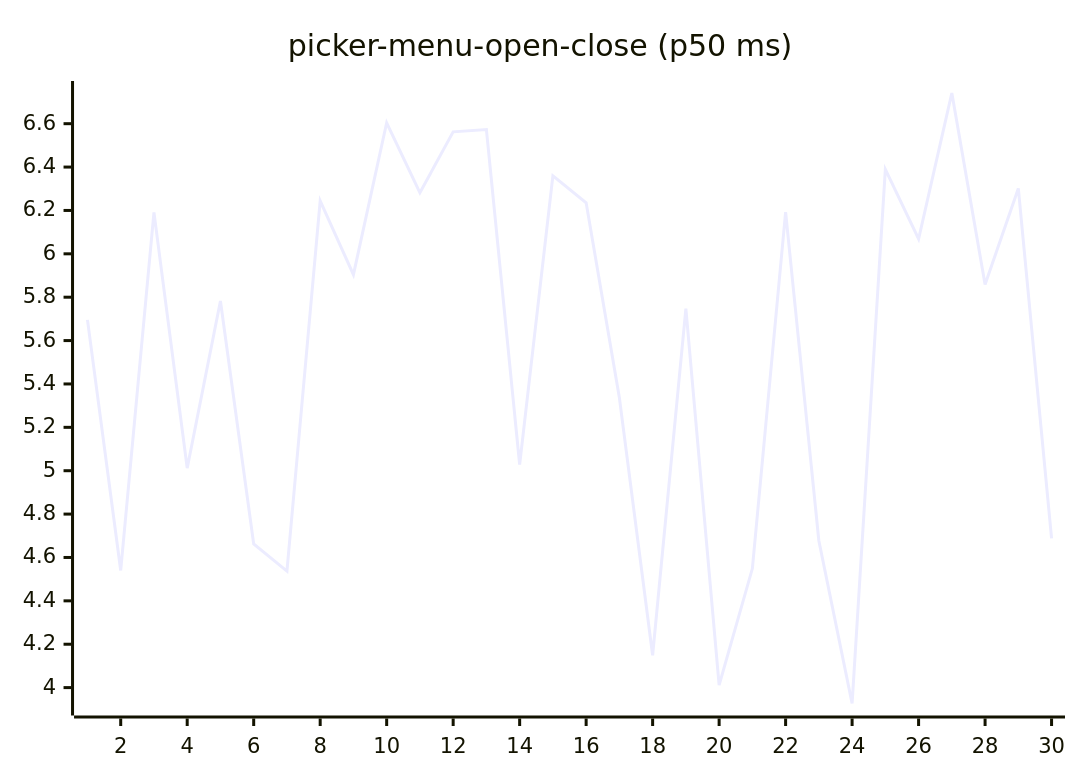
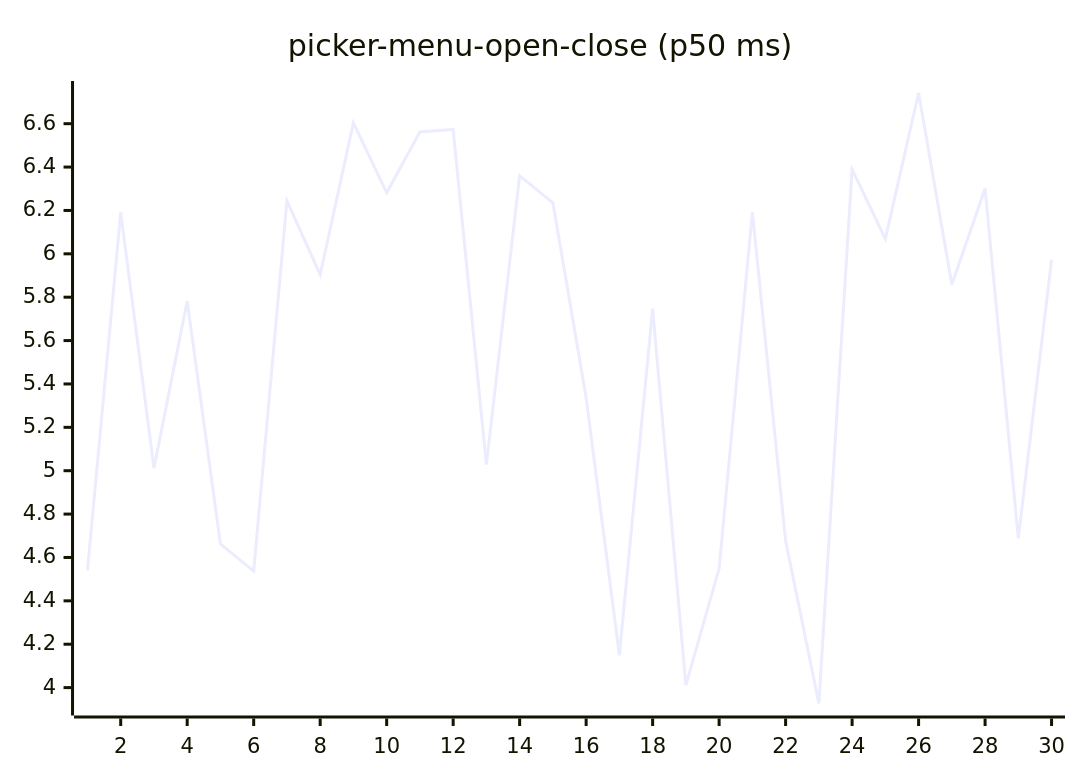
Diagram 16 of 27 in README.md (josha/Facet), drawn with Mermaid before and after one commit. The commit also changed other lines of this file and 2 other files, not shown here.

````diff
--- a/README.md
+++ b/README.md
@@ -168,6 +168,6 @@
 ```mermaid
 xychart-beta
     title "picker-menu-open-close (p50 ms)"
     x-axis 1 --> 30
-    line [5.6954, 4.5402, 6.1912, 5.0120, 5.7822, 4.6627, 4.5372, 6.2442, 5.9038, 6.6044, 6.2815, 6.5623, 6.5728, 5.0278, 6.3599, 6.2355, 5.3362, 4.1492, 5.7473, 4.0112, 4.5489, 6.1919, 4.6774, 3.9267, 6.3897, 6.0683, 6.7415, 5.8582, 6.3016, 4.6878]
+    line [4.5402, 6.1912, 5.0120, 5.7822, 4.6627, 4.5372, 6.2442, 5.9038, 6.6044, 6.2815, 6.5623, 6.5728, 5.0278, 6.3599, 6.2355, 5.3362, 4.1492, 5.7473, 4.0112, 4.5489, 6.1919, 4.6774, 3.9267, 6.3897, 6.0683, 6.7415, 5.8582, 6.3016, 4.6878, 5.9725]
 ```
````
